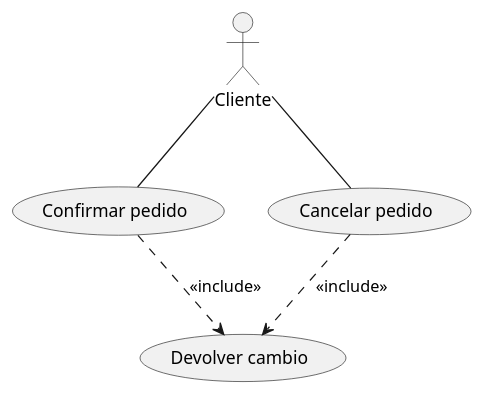
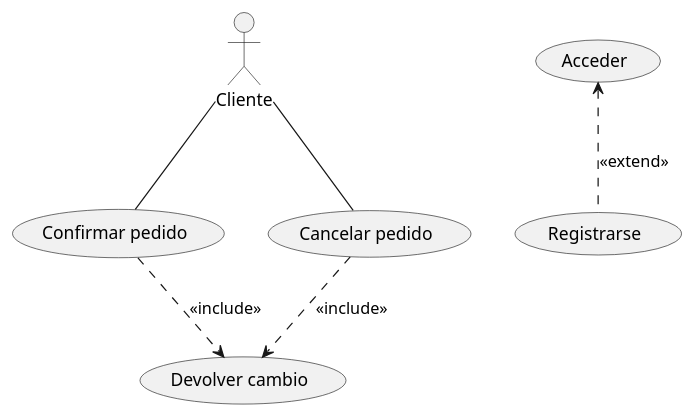
The diagram in Elementos.puml (abrahambelen/ClasesDeUsoPlantUML_I), drawn with PlantUML before and after one commit.

Commit message:
Extensión.

```diff
--- a/Elementos.puml
+++ b/Elementos.puml
@@ -1,15 +1,21 @@
 @startuml
 
 actor Cliente
 
 (Confirmar pedido)
 (Cancelar pedido)
 (Devolver cambio)
 
 Cliente -- (Confirmar pedido)
 Cliente -- (Cancelar pedido)
 
 (Confirmar pedido) ..> (Devolver cambio) : <<include>>
 (Cancelar pedido) ..> (Devolver cambio) : <<include>>
 
+
+(Acceder)
+(Registrarse)
+
+(Acceder) <.. (Registrarse) : <<extend>>
+
 @enduml
```
